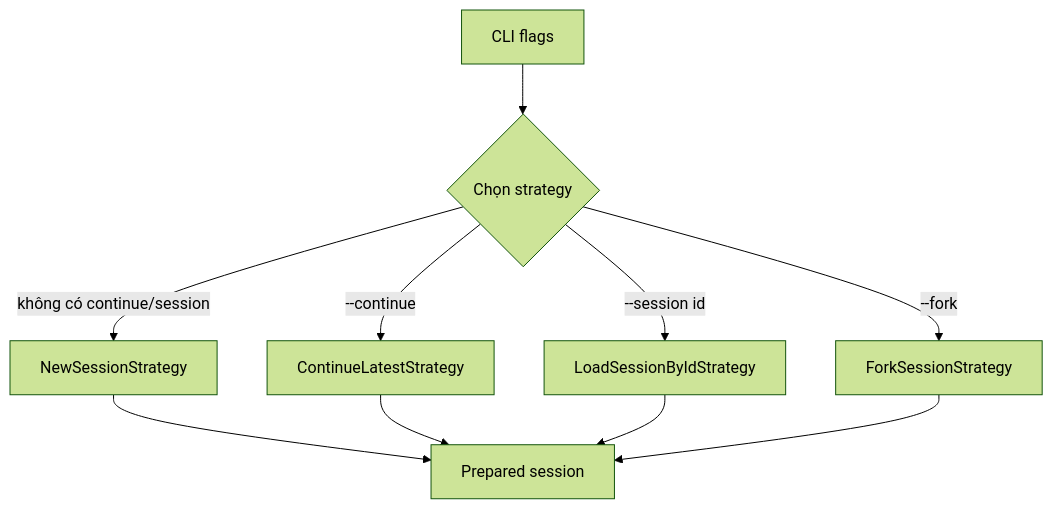
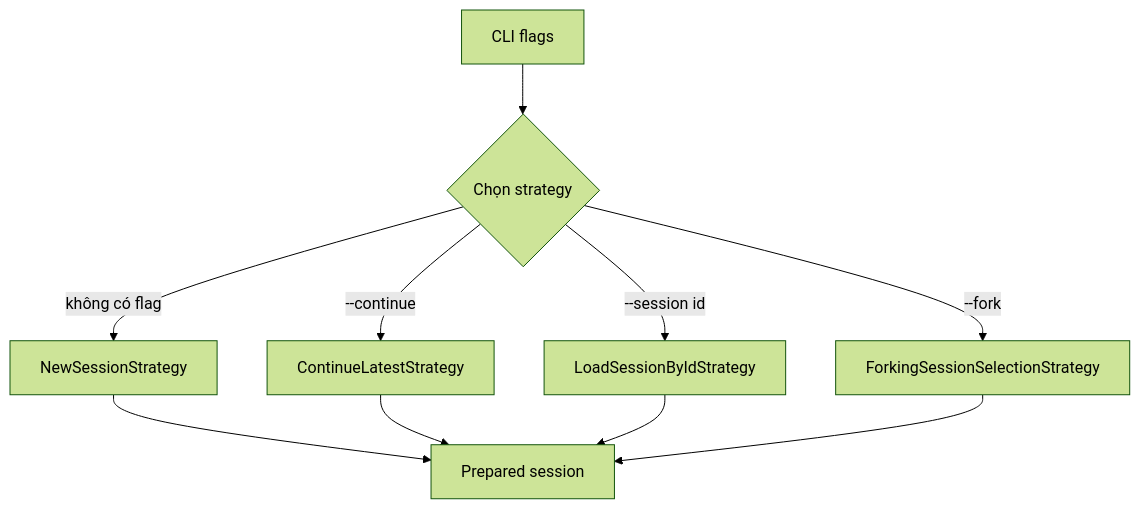
One commit to LoudlyDawn2108/fantasticcode changed diagram 19 of 24 in fantasticcode-development-doc.md. Above: the diagram before and after it, drawn with Mermaid (forest theme). The commit also changed other lines of this file, not shown here.

````diff
--- a/fantasticcode-development-doc.md
+++ b/fantasticcode-development-doc.md
@@ -1260,12 +1615,12 @@
 ```mermaid
 flowchart TD
     Flags["CLI flags"] --> Decision{"Chọn strategy"}
-    Decision -->|không có continue/session| New["NewSessionStrategy"]
+    Decision -->|không có flag| New["NewSessionStrategy"]
     Decision -->|--continue| Latest["ContinueLatestStrategy"]
     Decision -->|--session id| ById["LoadSessionByIdStrategy"]
-    Decision -->|--fork| Fork["ForkSessionStrategy"]
+    Decision -->|--fork| Fork["ForkingSessionSelectionStrategy"]
     New --> Session["Prepared session"]
     Latest --> Session
     ById --> Session
     Fork --> Session
 ```
````
